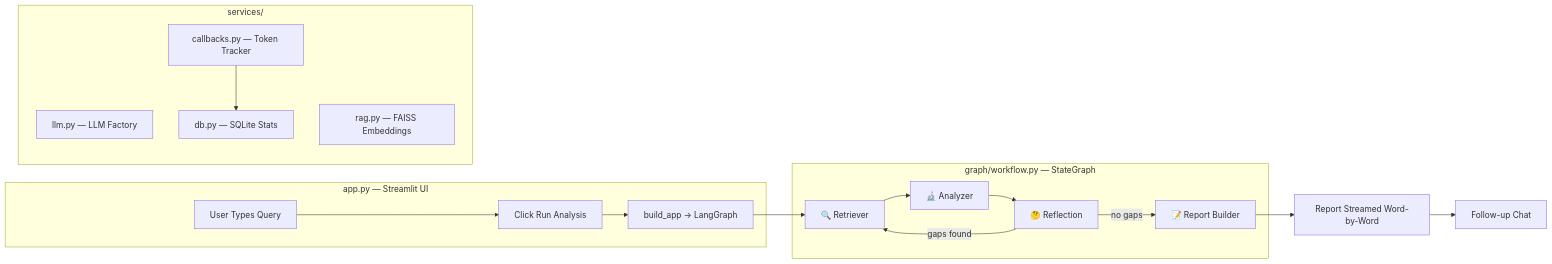
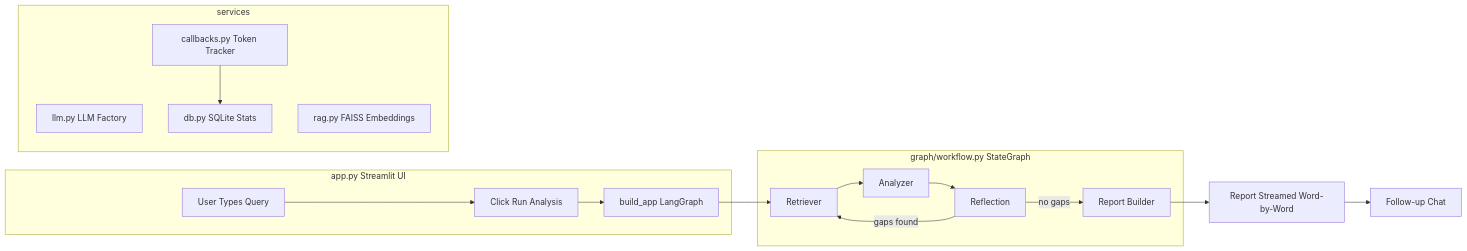
The first of 2 diagrams in walkthrough.md (madakasirak/hackathon_Outskill), drawn with Mermaid before and after one commit. The commit also changed other lines of this file, not shown here.

Commit message:
fix: mermaid diagram syntax errors - removed special chars

````diff
--- a/walkthrough.md
+++ b/walkthrough.md
@@ -5,26 +5,26 @@
 ```mermaid
 graph LR
-    subgraph UI ["app.py — Streamlit UI"]
-        A[User Types Query] --> B[Click Run Analysis]
-        B --> C[build_app → LangGraph]
+    subgraph UI ["app.py Streamlit UI"]
+        A["User Types Query"] --> B["Click Run Analysis"]
+        B --> C["build_app LangGraph"]
     end
 
-    subgraph LangGraph ["graph/workflow.py — StateGraph"]
-        C --> D["🔍 Retriever"]
-        D --> E["🔬 Analyzer"]
-        E --> F["🤔 Reflection"]
+    subgraph LangGraph ["graph/workflow.py StateGraph"]
+        C --> D["Retriever"]
+        D --> E["Analyzer"]
+        E --> F["Reflection"]
         F -->|gaps found| D
-        F -->|no gaps| G["📝 Report Builder"]
+        F -->|no gaps| G["Report Builder"]
     end
 
-    subgraph Services ["services/"]
-        H[llm.py — LLM Factory]
-        I[callbacks.py — Token Tracker]
-        J[db.py — SQLite Stats]
-        K[rag.py — FAISS Embeddings]
+    subgraph Services ["services"]
+        H["llm.py LLM Factory"]
+        I["callbacks.py Token Tracker"]
+        J["db.py SQLite Stats"]
+        K["rag.py FAISS Embeddings"]
     end
 
-    G --> L[Report Streamed Word-by-Word]
-    L --> M[Follow-up Chat]
+    G --> L["Report Streamed Word-by-Word"]
+    L --> M["Follow-up Chat"]
     I --> J
 ```
````
